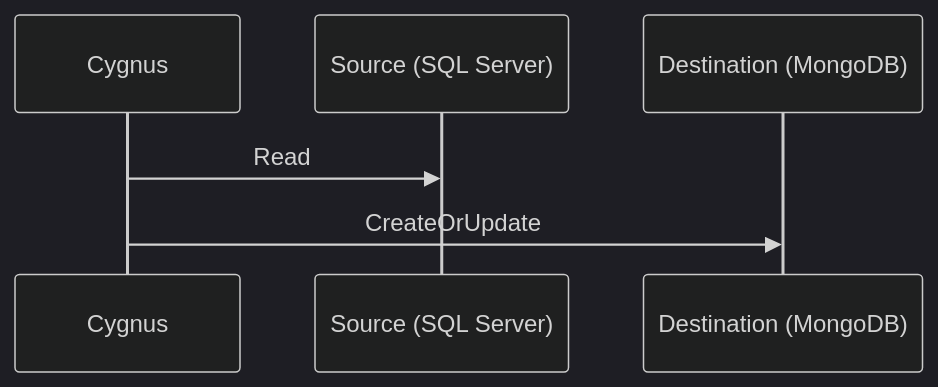
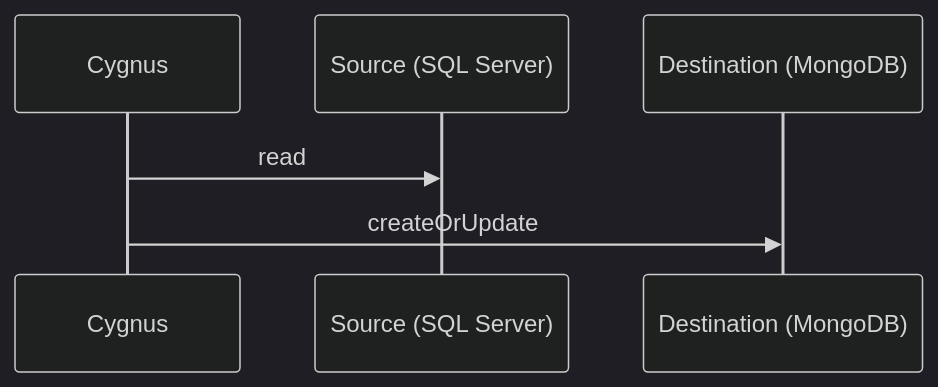
One commit to devpro/cygnus changed the diagram in README.md. Above: the diagram before and after it, drawn with Mermaid (dark theme). The commit also changed other lines of this file and 31 other files, not shown here.

Commit message:
Create solution with minimal sql server to mongodb sync

````diff
--- a/README.md
+++ b/README.md
@@ -7,5 +7,5 @@
 ```mermaid
 sequenceDiagram
-  Cygnus->>Source (SQL Server): Read
-  Cygnus->>Destination (MongoDB): CreateOrUpdate
+  Cygnus->>Source (SQL Server): read
+  Cygnus->>Destination (MongoDB): createOrUpdate
 ```
````
